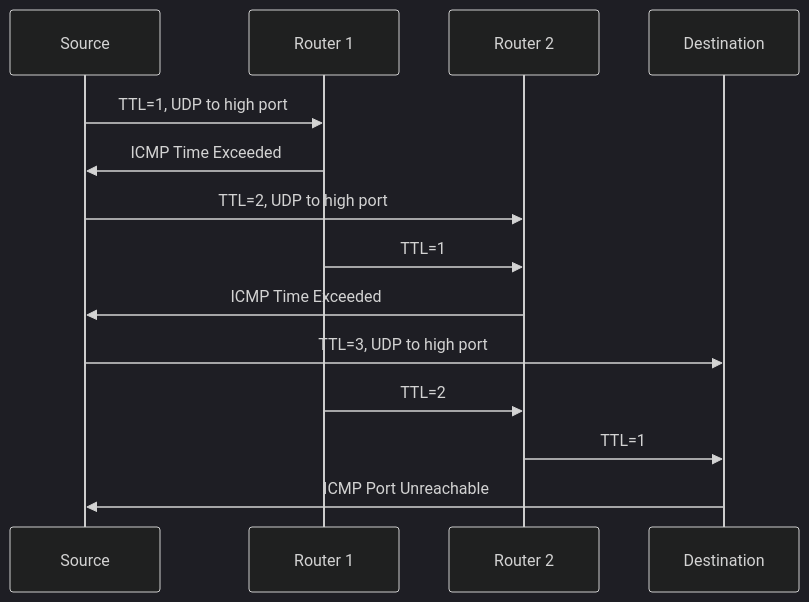
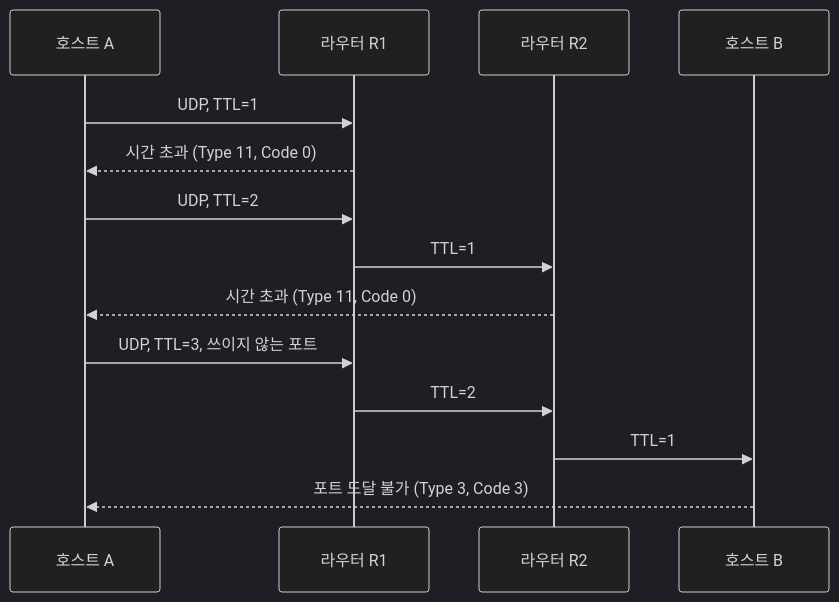
Before and after one commit to Choroning/25Spring_Computer-Networks: the fourth of 6 diagrams in Lecture-Notes/Ch16_ICMPv4-and-IGMP/Concepts_Lecture.ko.md, drawn with Mermaid (dark theme). The commit also changed other lines of this file and 11 other files, not shown here.

````diff
--- a/Lecture-Notes/Ch16_ICMPv4-and-IGMP/Concepts_Lecture.ko.md
+++ b/Lecture-Notes/Ch16_ICMPv4-and-IGMP/Concepts_Lecture.ko.md
@@ -301,17 +617,16 @@
 ```mermaid
 sequenceDiagram
-    participant S as Source
-    participant R1 as Router 1
-    participant R2 as Router 2
-    participant D as Destination
-
-    S->>R1: TTL=1, UDP to high port
-    R1->>S: ICMP Time Exceeded
-    S->>R2: TTL=2, UDP to high port
+    participant A as 호스트 A
+    participant R1 as 라우터 R1
+    participant R2 as 라우터 R2
+    participant B as 호스트 B
+    A->>R1: UDP, TTL=1
+    R1-->>A: 시간 초과 (Type 11, Code 0)
+    A->>R1: UDP, TTL=2
     R1->>R2: TTL=1
-    R2->>S: ICMP Time Exceeded
-    S->>D: TTL=3, UDP to high port
+    R2-->>A: 시간 초과 (Type 11, Code 0)
+    A->>R1: UDP, TTL=3, 쓰이지 않는 포트
     R1->>R2: TTL=2
-    R2->>D: TTL=1
-    D->>S: ICMP Port Unreachable
+    R2->>B: TTL=1
+    B-->>A: 포트 도달 불가 (Type 3, Code 3)
 ```
````
